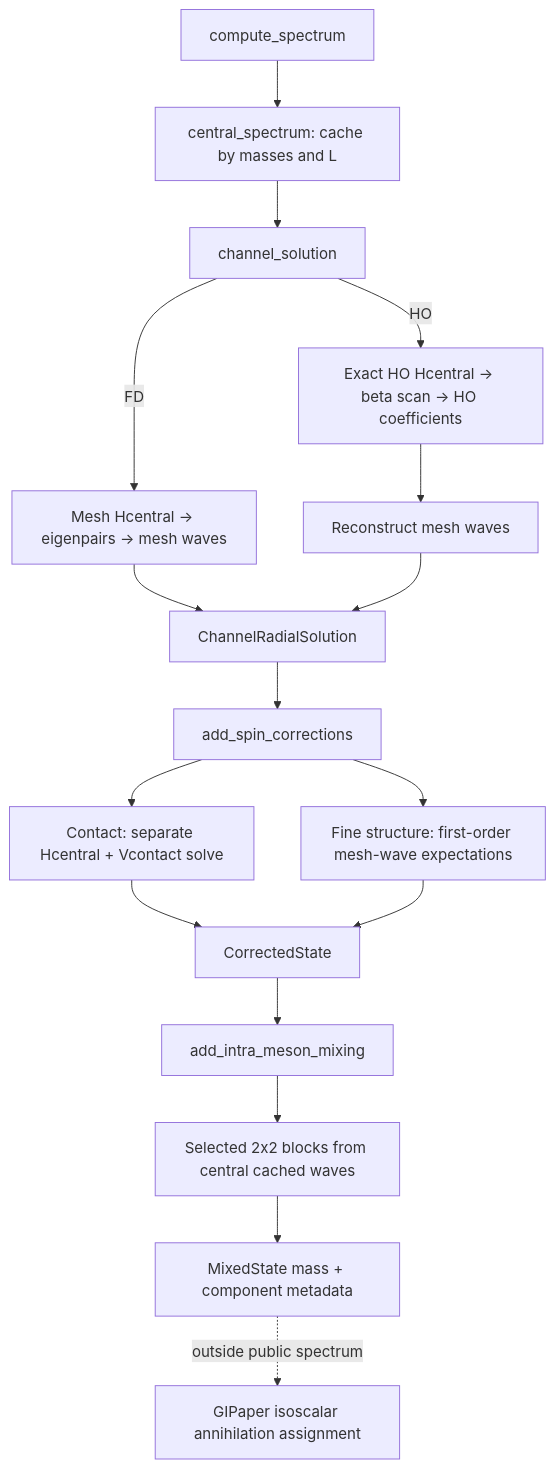
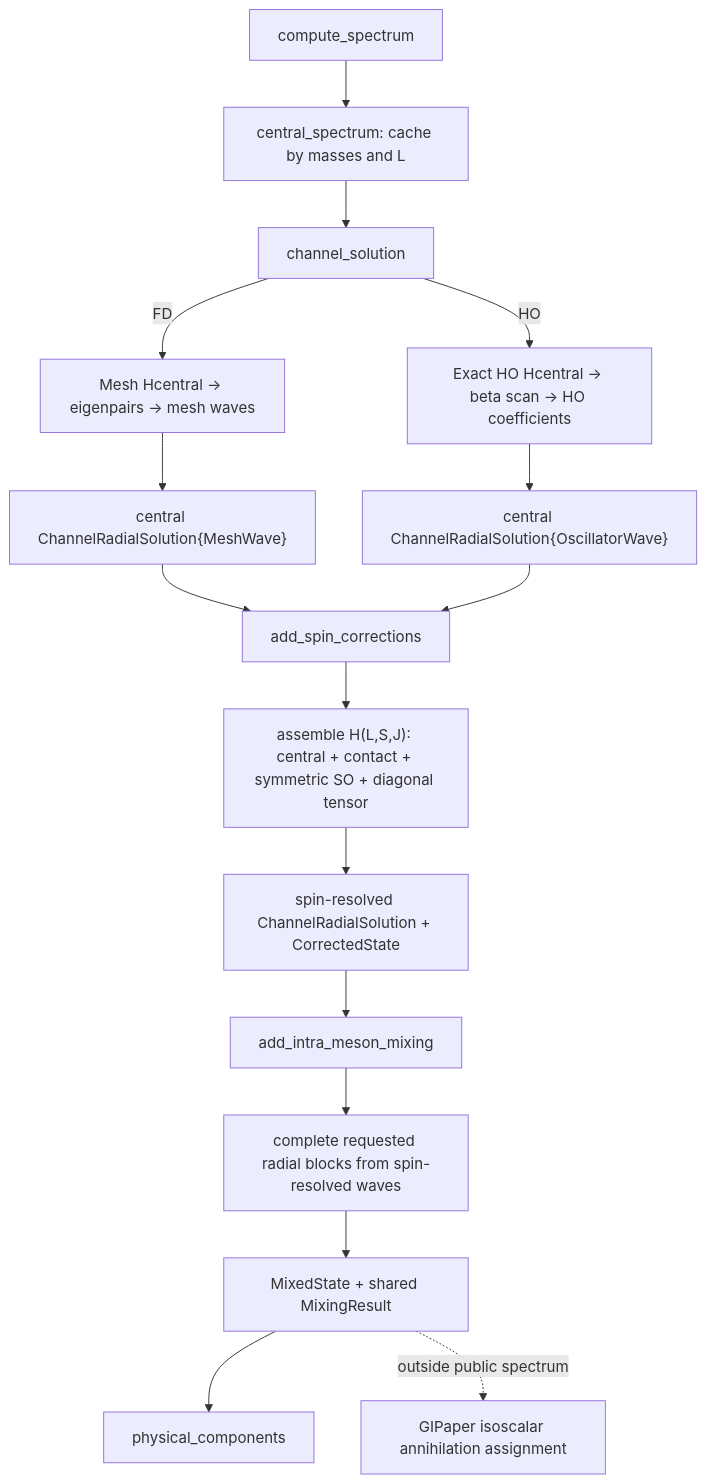
Before and after one commit to mmikhasenko/GIModel.jl: the second of 2 diagrams in docs/original_1985_algorithm_audit.md, drawn with Mermaid. The commit also changed other lines of this file and 52 other files, not shown here.

Commit message:
Implement native fixed-sector spin Hamiltonians and mixing

````diff
--- a/docs/original_1985_algorithm_audit.md
+++ b/docs/original_1985_algorithm_audit.md
@@ -117,19 +118,18 @@
 ```mermaid
 flowchart TD
     C["compute_spectrum"] --> CS["central_spectrum: cache by masses and L"]
     CS --> CH["channel_solution"]
     CH -->|"FD"| FD["Mesh Hcentral -> eigenpairs -> mesh waves"]
     CH -->|"HO"| HO["Exact HO Hcentral -> beta scan -> HO coefficients"]
-    HO --> R["Reconstruct mesh waves"]
-    FD --> CC["ChannelRadialSolution"]
-    R --> CC
+    FD --> CC["central ChannelRadialSolution{MeshWave}"]
+    HO --> HC["central ChannelRadialSolution{OscillatorWave}"]
     CC --> AC["add_spin_corrections"]
-    AC --> CT["Contact: separate Hcentral + Vcontact solve"]
-    AC --> FS["Fine structure: first-order mesh-wave expectations"]
-    CT --> COR["CorrectedState"]
-    FS --> COR
+    HC --> AC
+    AC --> FH["assemble H(L,S,J): central + contact + symmetric SO + diagonal tensor"]
+    FH --> COR["spin-resolved ChannelRadialSolution + CorrectedState"]
     COR --> IM["add_intra_meson_mixing"]
-    IM --> MX["Selected 2x2 blocks from central cached waves"]
-    MX --> MS["MixedState mass + component metadata"]
+    IM --> MX["complete requested radial blocks from spin-resolved waves"]
+    MX --> MS["MixedState + shared MixingResult"]
+    MS --> PC["physical_components"]
     MS -. "outside public spectrum" .-> AN["GIPaper isoscalar annihilation assignment"]
 ```
````
